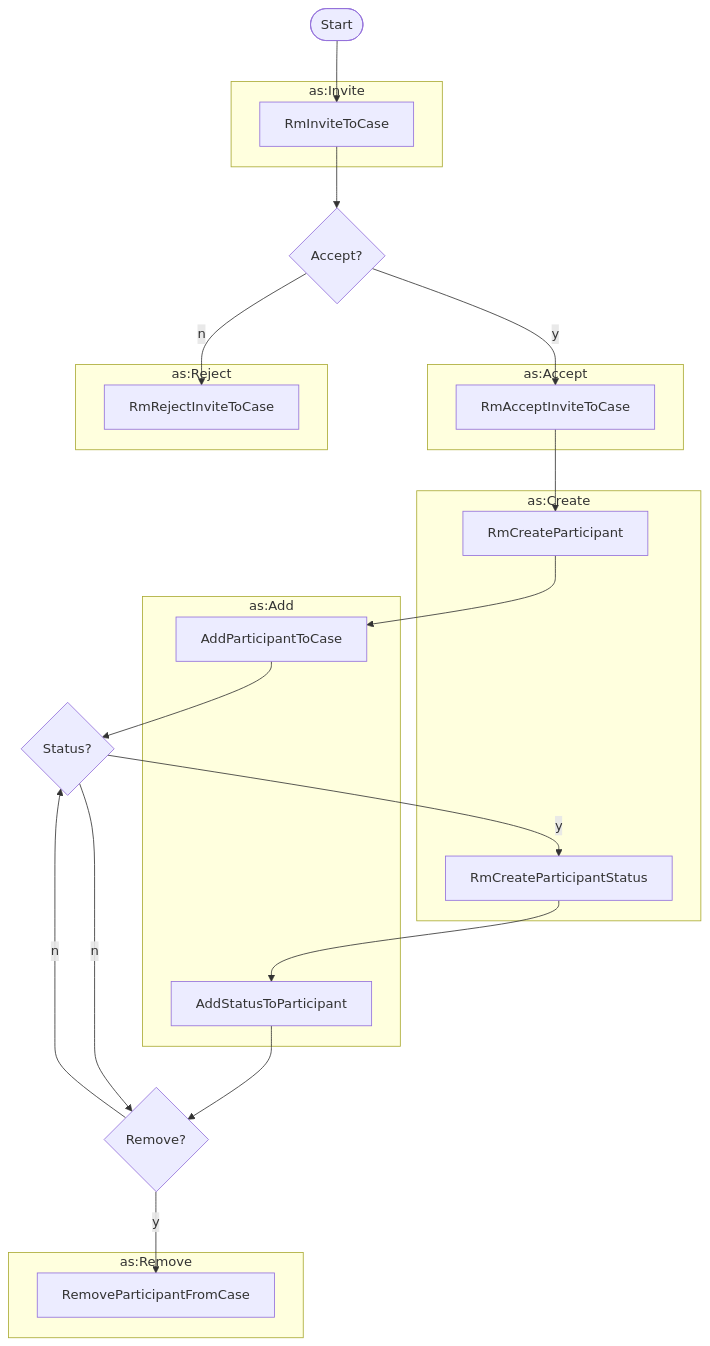
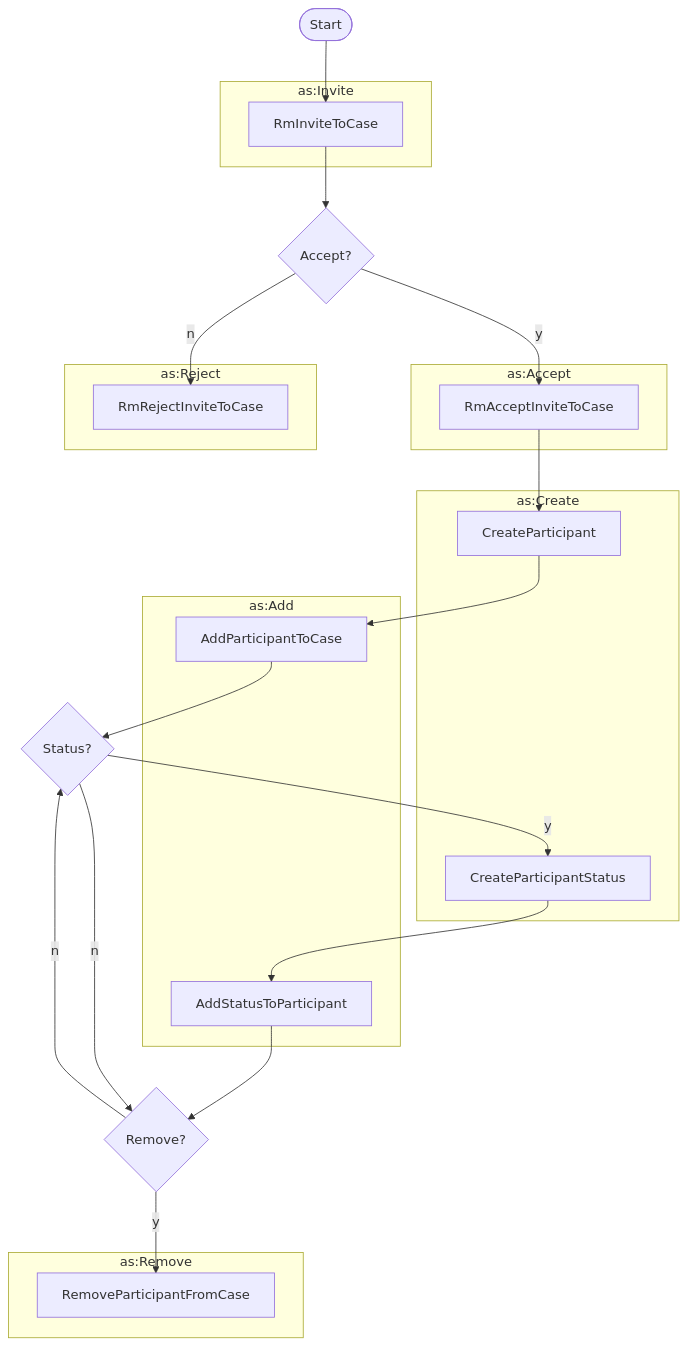
The diagram in docs/howto/activitypub/activities/manage_participants.md (CERTCC/Vultron), drawn with Mermaid before and after one commit. The commit also changed 5 other files, not shown here.

````diff
--- a/docs/howto/activitypub/activities/manage_participants.md
+++ b/docs/howto/activitypub/activities/manage_participants.md
@@ -9,38 +9,38 @@
 ```mermaid
 flowchart TB
     subgraph as:Invite 
         RmInviteToCase
     end
     subgraph as:Accept
         RmAcceptInviteToCase
     end
     subgraph as:Reject
         RmRejectInviteToCase
     end
     subgraph as:Create
-        RmCreateParticipant
-        RmCreateParticipantStatus
+        CreateParticipant
+        CreateParticipantStatus
     end
     subgraph as:Add
         AddParticipantToCase
         AddStatusToParticipant
     end
     subgraph as:Remove
         RemoveParticipantFromCase
     end
     start([Start])
     start --> RmInviteToCase
     RmInviteToCase --> a{Accept?}
     a -->|y| RmAcceptInviteToCase
     a -->|n| RmRejectInviteToCase
-    RmAcceptInviteToCase --> RmCreateParticipant
+    RmAcceptInviteToCase --> CreateParticipant
     
-    RmCreateParticipantStatus --> AddStatusToParticipant
-    RmCreateParticipant --> AddParticipantToCase
+    CreateParticipantStatus --> AddStatusToParticipant
+    CreateParticipant --> AddParticipantToCase
     AddParticipantToCase --> s{Status?}
-    s -->|y| RmCreateParticipantStatus
+    s -->|y| CreateParticipantStatus
     s -->|n| r{Remove?}
     AddStatusToParticipant --> r
     r -->|y| RemoveParticipantFromCase
     r -->|n| s
 ```
````
